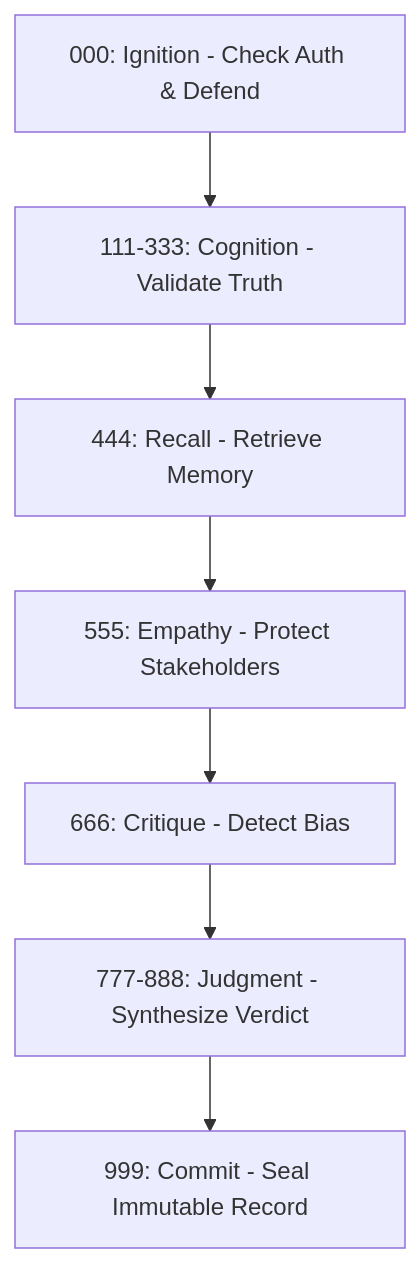
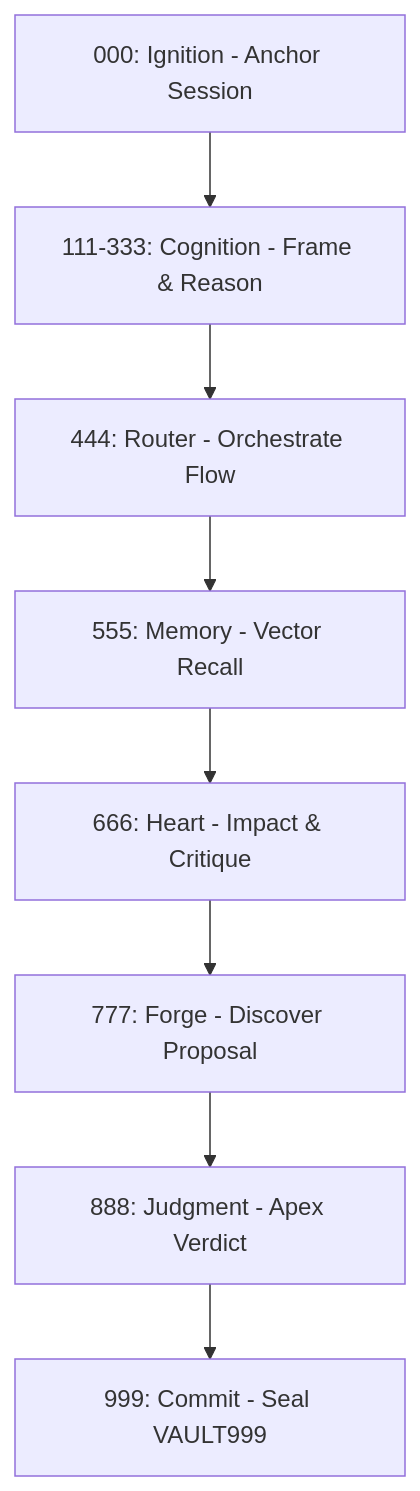
Before and after one commit to ariffazil/arifos: the diagram in arifosmcp/sites/docs/docs/intro.md, drawn with Mermaid. The commit also changed other lines of this file and 1 other file, not shown here.

Commit message:
docs: align MCP server and metabolic loop documentation with latest APEX-G stack

````diff
--- a/arifosmcp/sites/docs/docs/intro.md
+++ b/arifosmcp/sites/docs/docs/intro.md
@@ -39,9 +32,10 @@
 ```mermaid
 graph TD
-A[000: Ignition - Check Auth & Defend] --> B[111-333: Cognition - Validate Truth]
-B --> C[444: Recall - Retrieve Memory]
-C --> D[555: Empathy - Protect Stakeholders]
-D --> E[666: Critique - Detect Bias]
-E --> F[777-888: Judgment - Synthesize Verdict]
-F --> G[999: Commit - Seal Immutable Record]
+A[000: Ignition - Anchor Session] --> B[111-333: Cognition - Frame & Reason]
+B --> C[444: Router - Orchestrate Flow]
+C --> D[555: Memory - Vector Recall]
+D --> E[666: Heart - Impact & Critique]
+E --> F[777: Forge - Discover Proposal]
+F --> G[888: Judgment - Apex Verdict]
+G --> H[999: Commit - Seal VAULT999]
 ```
````
